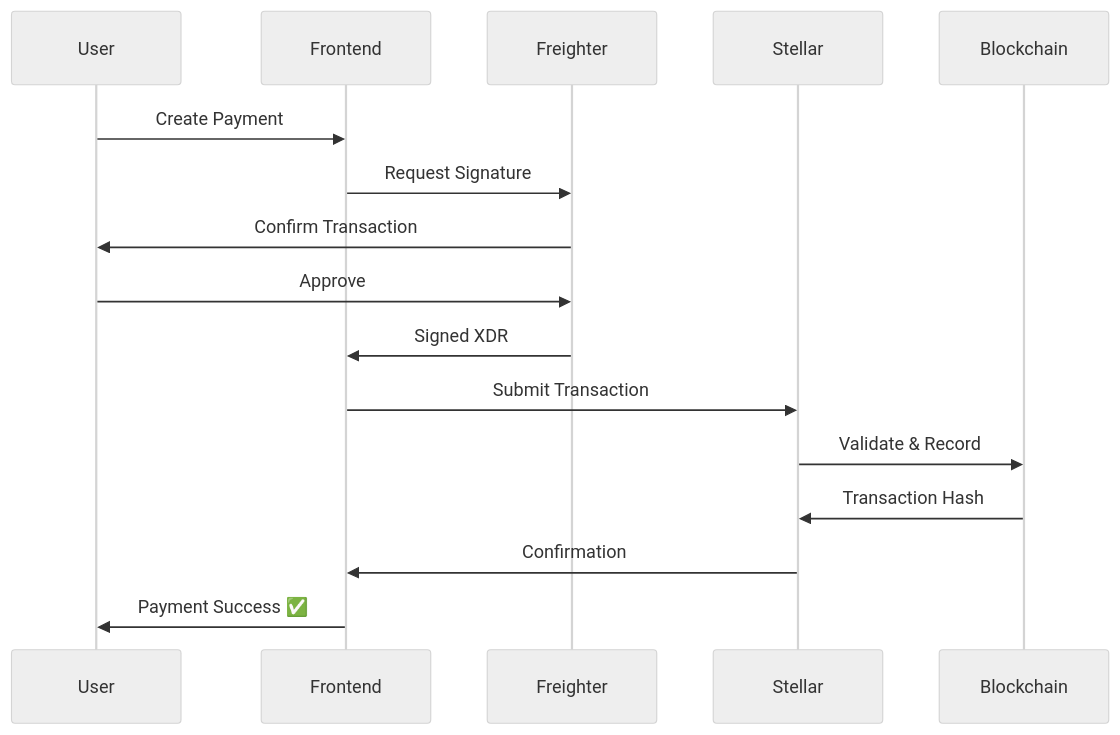
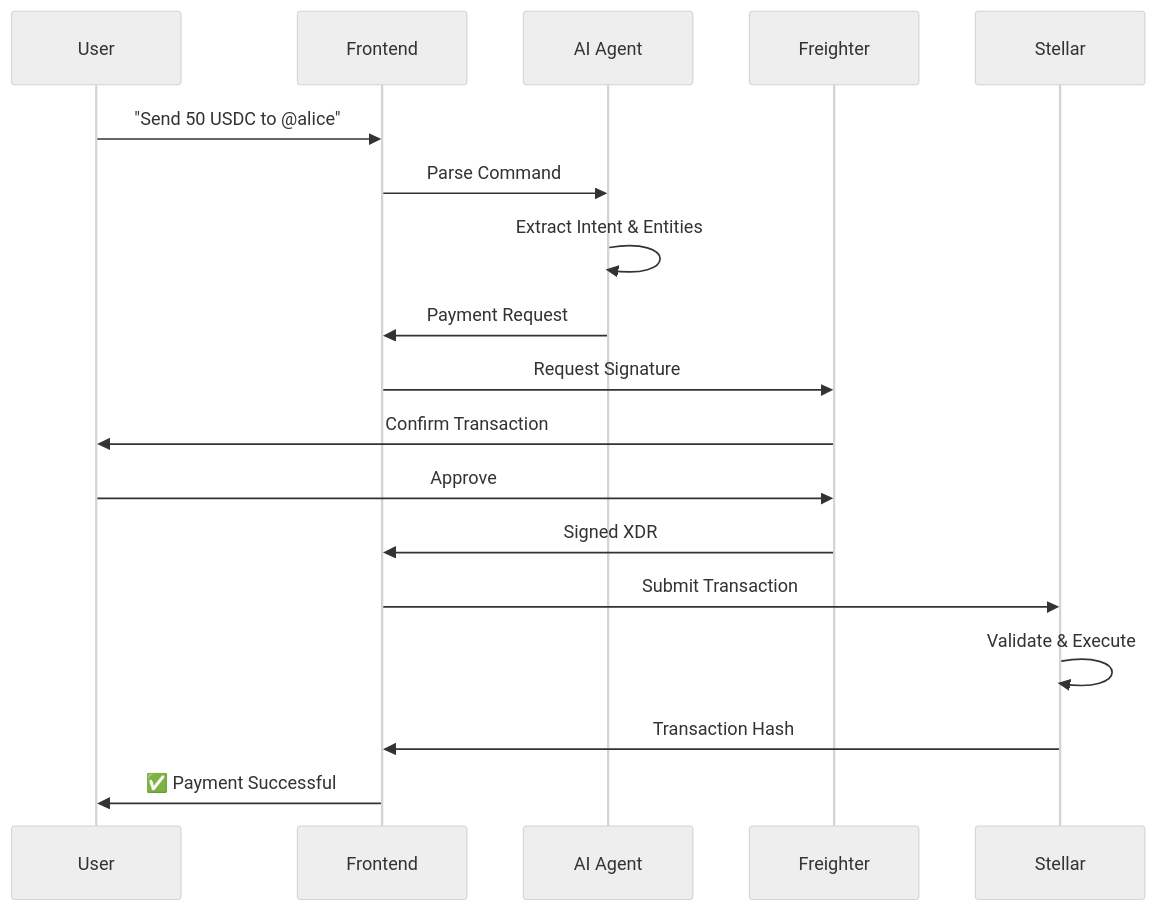
One commit to rohitjadhav07/Nexar changed the second of 4 diagrams in README.md. Above: the diagram before and after it, drawn with Mermaid (neutral theme). The commit also changed other lines of this file and 4 other files, not shown here.

Commit message:
Create professional README with architecture diagrams and clean up redundant files

````diff
--- a/README.md
+++ b/README.md
@@ -147,19 +137,21 @@
 ```mermaid
 sequenceDiagram
     participant User
     participant Frontend
+    participant AI Agent
     participant Freighter
     participant Stellar
-    participant Blockchain
     
-    User->>Frontend: Create Payment
+    User->>Frontend: "Send 50 USDC to @alice"
+    Frontend->>AI Agent: Parse Command
+    AI Agent->>AI Agent: Extract Intent & Entities
+    AI Agent->>Frontend: Payment Request
     Frontend->>Freighter: Request Signature
     Freighter->>User: Confirm Transaction
     User->>Freighter: Approve
     Freighter->>Frontend: Signed XDR
     Frontend->>Stellar: Submit Transaction
-    Stellar->>Blockchain: Validate & Record
-    Blockchain->>Stellar: Transaction Hash
-    Stellar->>Frontend: Confirmation
-    Frontend->>User: Payment Success ✅
+    Stellar->>Stellar: Validate & Execute
+    Stellar->>Frontend: Transaction Hash
+    Frontend->>User: ✅ Payment Successful
 ```
````
